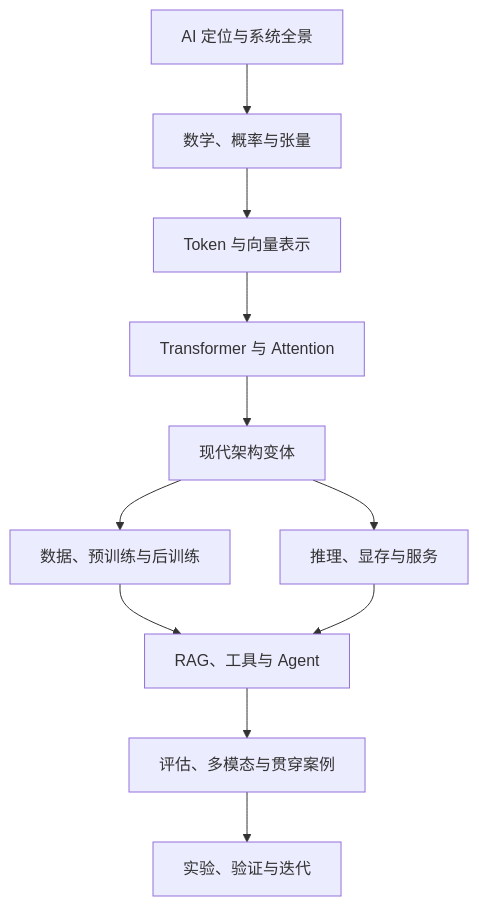
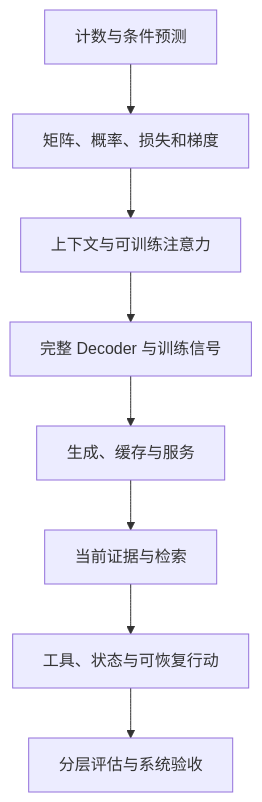
The diagram in docs/00-learning-roadmap.md (miauyle/ai-systems-architecture-guide), drawn with Mermaid before and after one commit. The commit also changed other lines of this file and 20 other files, not shown here.

````diff
--- a/docs/00-learning-roadmap.md
+++ b/docs/00-learning-roadmap.md
@@ -15,13 +13,10 @@
 ```mermaid
 flowchart TD
-    A[AI 定位与系统全景] --> B[数学、概率与张量]
-    B --> C[Token 与向量表示]
-    C --> D[Transformer 与 Attention]
-    D --> E[现代架构变体]
-    E --> F[数据、预训练与后训练]
-    E --> G[推理、显存与服务]
-    F --> H[RAG、工具与 Agent]
-    G --> H
-    H --> I[评估、多模态与贯穿案例]
-    I --> J[实验、验证与迭代]
+    A[计数与条件预测] --> B[矩阵、概率、损失和梯度]
+    B --> C[上下文与可训练注意力]
+    C --> D[完整 Decoder 与训练信号]
+    D --> E[生成、缓存与服务]
+    E --> F[当前证据与检索]
+    F --> G[工具、状态与可恢复行动]
+    G --> H[分层评估与系统验收]
 ```
````
